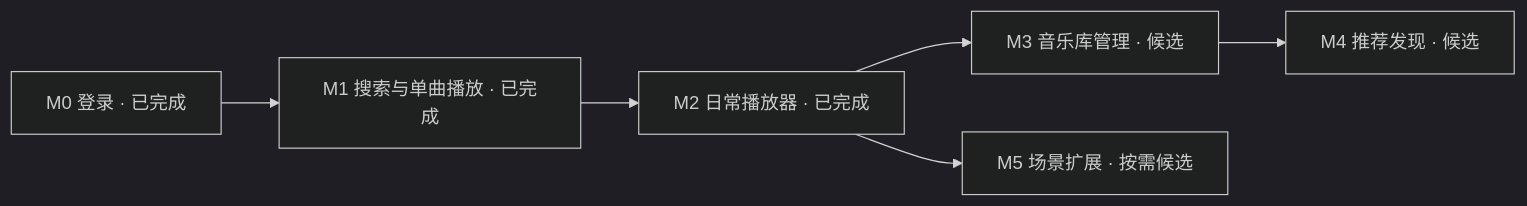
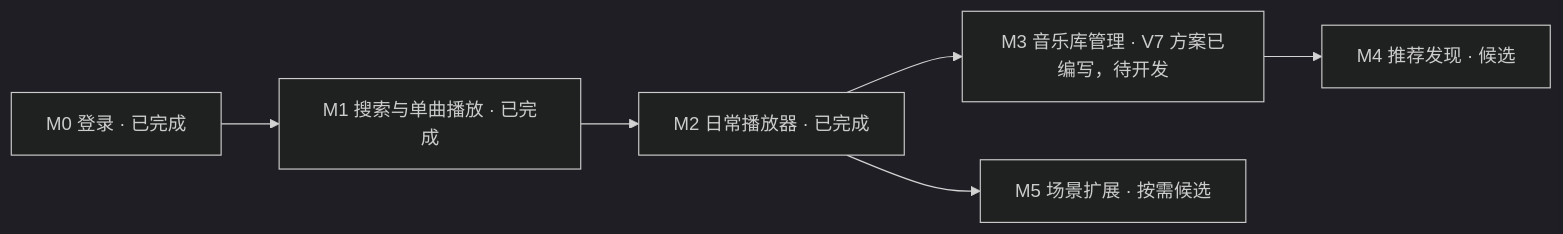
One commit to crownclowngx/myavalonia-music-netease changed the diagram in docs/roadmap/netease-capability-roadmap.md. Above: the diagram before and after it, drawn with Mermaid (dark theme). The commit also changed other lines of this file and 25 other files, not shown here.

````diff
--- a/docs/roadmap/netease-capability-roadmap.md
+++ b/docs/roadmap/netease-capability-roadmap.md
@@ -28,8 +28,8 @@
 ```mermaid
 flowchart LR
     M0["M0 登录 · 已完成"] --> M1["M1 搜索与单曲播放 · 已完成"]
     M1 --> M2["M2 日常播放器 · 已完成"]
-    M2 --> M3["M3 音乐库管理 · 候选"]
+    M2 --> M3["M3 音乐库管理 · V7 方案已编写，待开发"]
     M3 --> M4["M4 推荐发现 · 候选"]
     M2 --> M5["M5 场景扩展 · 按需候选"]
 ```
````
